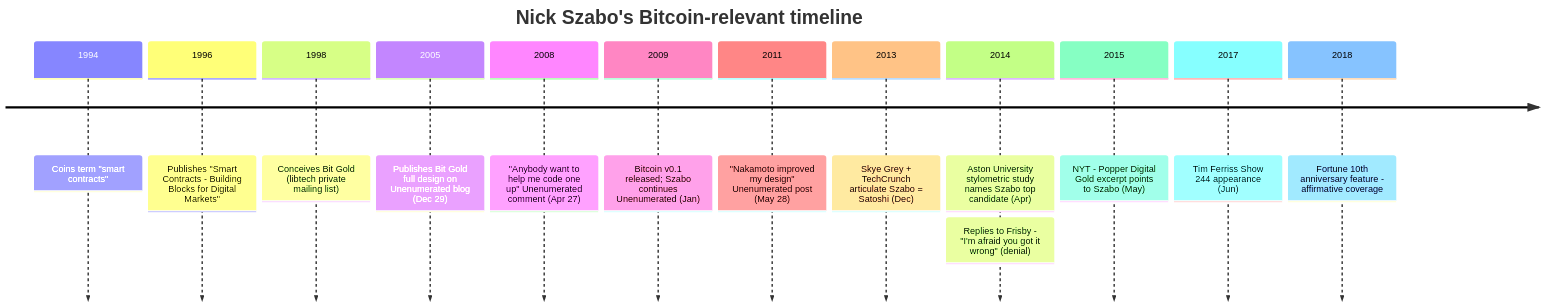
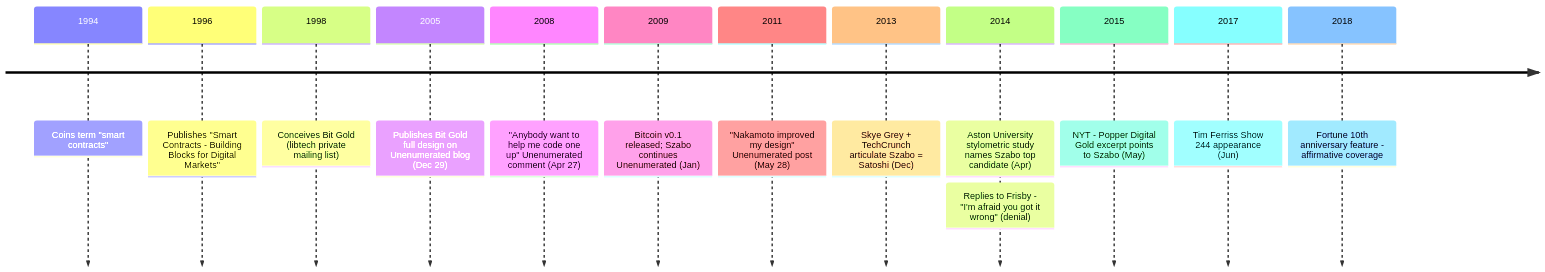
One commit to cypher256/BitcoinArchive changed the diagram in src/data/entries/en/aftermath/2005-12-29-nick-szabo-biography.md. Above: the diagram before and after it, drawn with Mermaid. The commit also changed other lines of this file and 50 other files, not shown here.

````diff
--- a/src/data/entries/en/aftermath/2005-12-29-nick-szabo-biography.md
+++ b/src/data/entries/en/aftermath/2005-12-29-nick-szabo-biography.md
@@ -46,17 +48,16 @@
 ```mermaid
 timeline
-    title Nick Szabo's Bitcoin-relevant timeline
     1994 : Coins term "smart contracts"
     1996 : Publishes "Smart Contracts - Building Blocks for Digital Markets"
     1998 : Conceives Bit Gold (libtech private mailing list)
     2005 : Publishes Bit Gold full design on Unenumerated blog (Dec 29)
     2008 : "Anybody want to help me code one up" Unenumerated comment (Apr 27)
     2009 : Bitcoin v0.1 released; Szabo continues Unenumerated (Jan)
     2011 : "Nakamoto improved my design" Unenumerated post (May 28)
     2013 : Skye Grey + TechCrunch articulate Szabo = Satoshi (Dec)
     2014 : Aston University stylometric study names Szabo top candidate (Apr)
          : Replies to Frisby - "I'm afraid you got it wrong" (denial)
     2015 : NYT - Popper Digital Gold excerpt points to Szabo (May)
     2017 : Tim Ferriss Show 244 appearance (Jun)
     2018 : Fortune 10th anniversary feature - affirmative coverage
 ```
````
